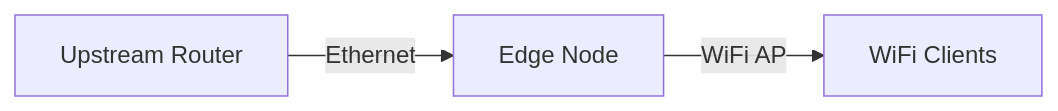
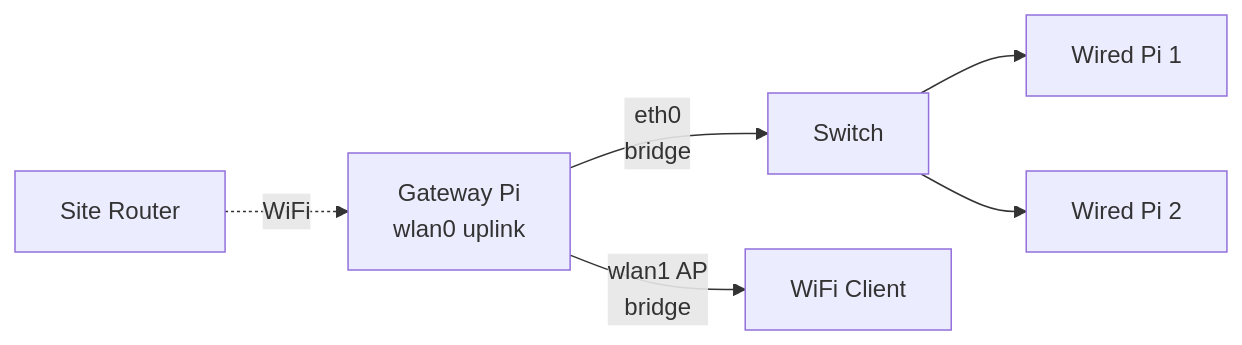
The third of 3 diagrams in nablaedge/docs/network-modes/README.md (txemavs/nabla-edge), drawn with Mermaid before and after one commit. The commit also changed other lines of this file and 4 other files, not shown here.

````diff
--- a/nablaedge/docs/network-modes/README.md
+++ b/nablaedge/docs/network-modes/README.md
@@ -63,5 +112,8 @@
 ```mermaid
 flowchart LR
-    Router[Upstream Router] -->|Ethernet| Pi[Edge Node]
-    Pi -->|WiFi AP| Clients[WiFi Clients]
+    Router[Site Router] -.->|WiFi| Gateway[Gateway Pi<br/>wlan0 uplink]
+    Gateway -->|eth0<br/>bridge| Switch[Switch]
+    Gateway -->|wlan1 AP<br/>bridge| WClient[WiFi Client]
+    Switch --> Pi1[Wired Pi 1]
+    Switch --> Pi2[Wired Pi 2]
 ```
````
